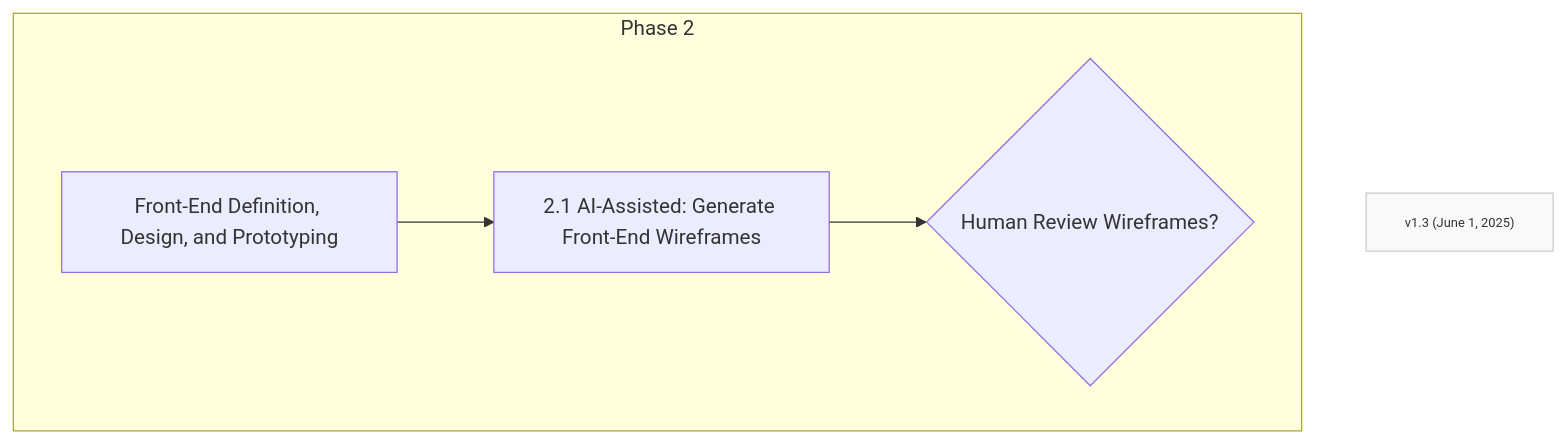
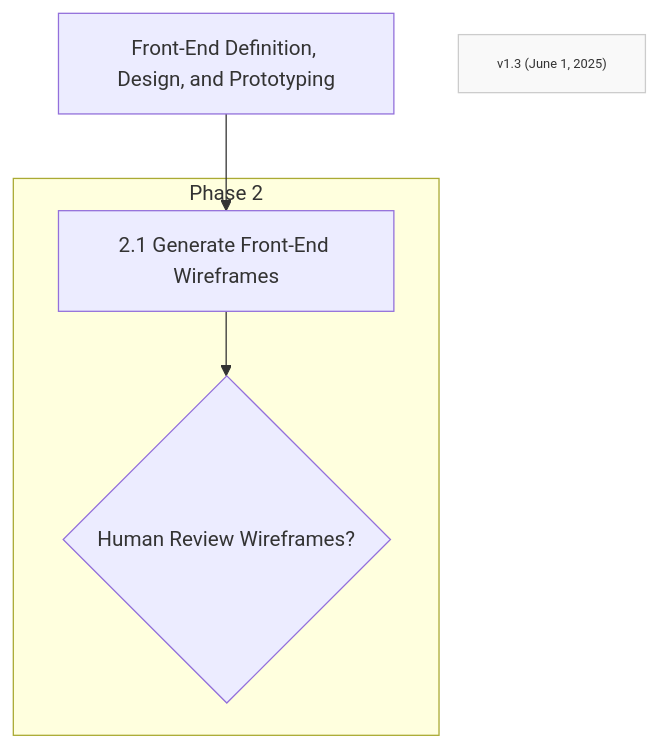
One commit to Mharbulous/Front-First-Method changed the diagram in Method/FF-phase2.md. Above: the diagram before and after it, drawn with Mermaid.

Commit message:
Updated phase 2

````diff
--- a/Method/FF-phase2.md
+++ b/Method/FF-phase2.md
@@ -1,14 +1,13 @@
 ```mermaid
 graph TD
     
-    
+B1["Front-End Definition, Design, and Prototyping"] --> B2["2.1 Generate Front-End Wireframes"]
+
     subgraph Phase1 ["Phase 2"]
-        B1["Front-End Definition, Design, and Prototyping"] --> B2["2.1 AI-Assisted: Generate Front-End Wireframes"]
         B2 --> B3_Val{"Human Review Wireframes?"}
     end
 
 Version["v1.3 (June 1, 2025)"]
-    
-    classDef version fill:#f9f9f9,stroke:#ccc,font-size:10px
-    class Version version
+classDef version fill:#f9f9f9,stroke:#ccc,font-size:10px
+class Version version
 ```
````
